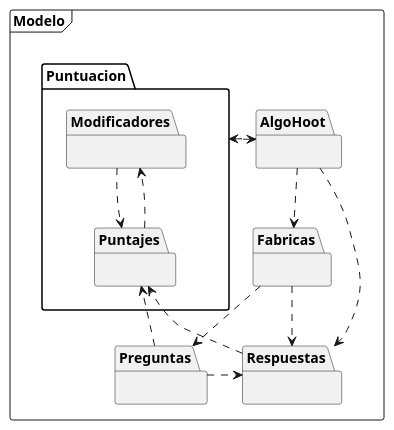
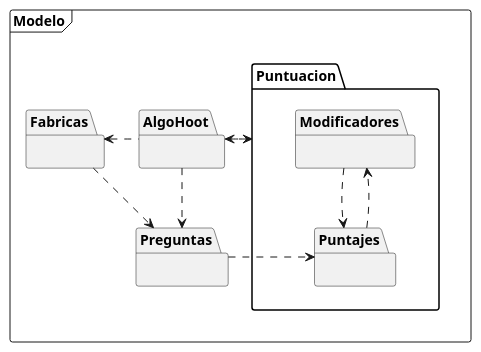
One commit to ValentinMarturet/ALGO3-TP2 changed the diagram in diagrams/classes/entregaFinal/PaquetesGeneral.puml. Above: the diagram before and after it, drawn with PlantUML. The commit also changed 38 other files, not shown here.

```diff
--- a/diagrams/classes/entregaFinal/PaquetesGeneral.puml
+++ b/diagrams/classes/entregaFinal/PaquetesGeneral.puml
@@ -1,47 +1,41 @@
 @startuml
 
 
 package Modelo <<Frame>> {
 
 }
 
 
 package Modelo.Preguntas {
 }
 package Modelo.Fabricas {
 }
 package Modelo.Puntuacion {
 }
 package Modelo.AlgoHoot {
 }
 
-package Modelo.Respuestas {
-
-}
-
 package Modelo.Puntuacion.Modificadores {
 
 }
 package Modelo.Puntuacion.Puntajes {
 
 }
 
 
 
-AlgoHoot ..> Fabricas
+AlgoHoot .left.> Fabricas
 Fabricas ..> Preguntas
 Puntajes ..> Modificadores
 Modificadores ..> Puntajes
-AlgoHoot ..> Respuestas
-Preguntas .> Respuestas
-Fabricas ..> Respuestas
+AlgoHoot ..> Preguntas
 Preguntas ..> Puntajes
-Respuestas ..> Puntajes
 
-Puntuacion ..> AlgoHoot
+
+Puntuacion .left.> AlgoHoot
 AlgoHoot .left.> Puntuacion
 
 
 
 
 @enduml
```
